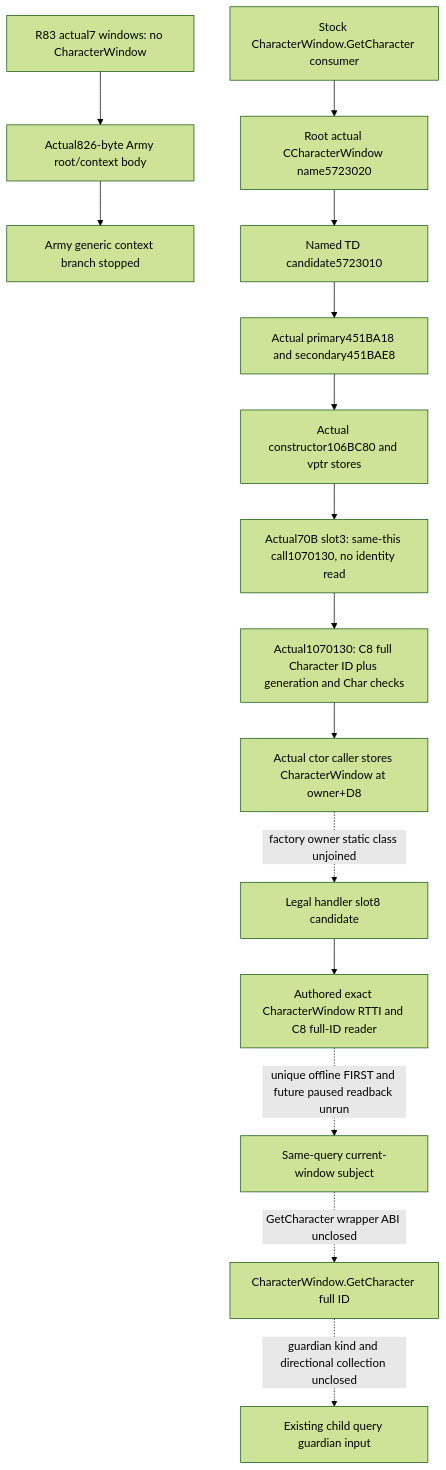
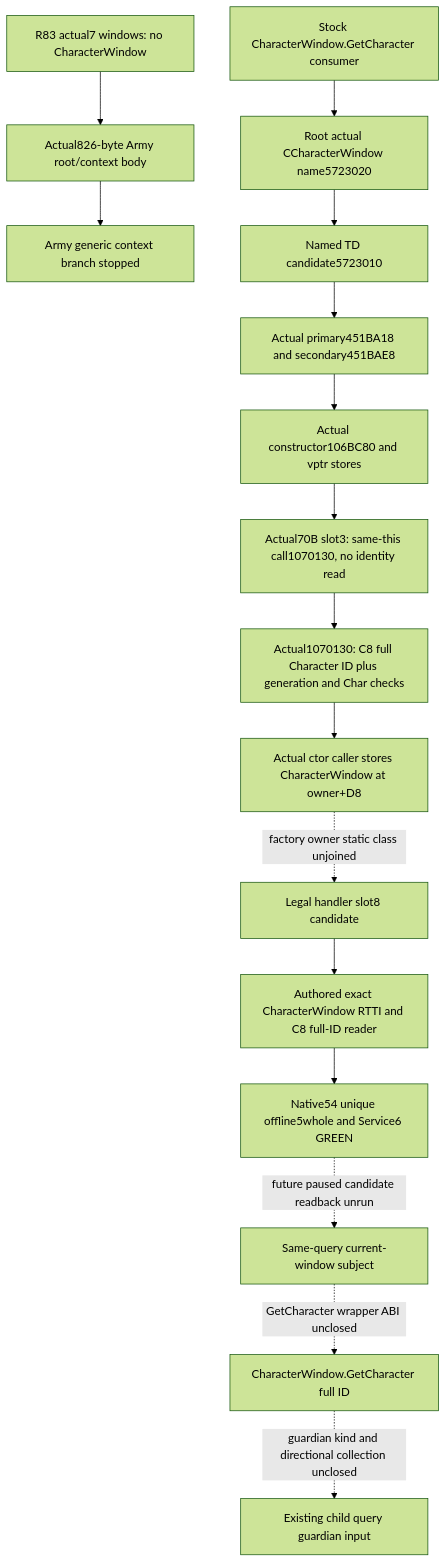
The first of 2 diagrams in docs/ck3-native-ai/character-window-guardian-native-provider-12004.md (XenoAmess/ck3_eternal_recurrence), drawn with Mermaid (forest theme) before and after one commit. The commit also changed other lines of this file, not shown here.

Commit message:
Record Native54 offline CharacterWindow identity qualification

````diff
--- a/docs/ck3-native-ai/character-window-guardian-native-provider-12004.md
+++ b/docs/ck3-native-ai/character-window-guardian-native-provider-12004.md
@@ -446,17 +448,18 @@
 ```mermaid
 flowchart TD
   S[R83 actual7 windows: no CharacterWindow] --> A[Actual826-byte Army root/context body]
   A --> X[Army generic context branch stopped]
   G[Stock CharacterWindow.GetCharacter consumer] --> N[Root actual CCharacterWindow name5723020]
   N --> T[Named TD candidate5723010]
   T --> V[Actual primary451BA18 and secondary451BAE8]
   V --> K[Actual constructor106BC80 and vptr stores]
   K --> M[Actual70B slot3: same-this call1070130, no identity read]
   M --> F[Actual1070130: C8 full Character ID plus generation and Char checks]
   F --> Q[Actual ctor caller stores CharacterWindow at owner+D8]
   Q -. factory owner static class unjoined .-> R[Legal handler slot8 candidate]
   R --> D[Authored exact CharacterWindow RTTI and C8 full-ID reader]
-  D -. unique offline FIRST and future paused readback unrun .-> O[Same-query current-window subject]
+  D --> Q54[Native54 unique offline5whole and Service6 GREEN]
+  Q54 -. future paused candidate readback unrun .-> O[Same-query current-window subject]
   O -. GetCharacter wrapper ABI unclosed .-> C[CharacterWindow.GetCharacter full ID]
   C -. guardian kind and directional collection unclosed .-> H[Existing child query guardian input]
 ```
````
